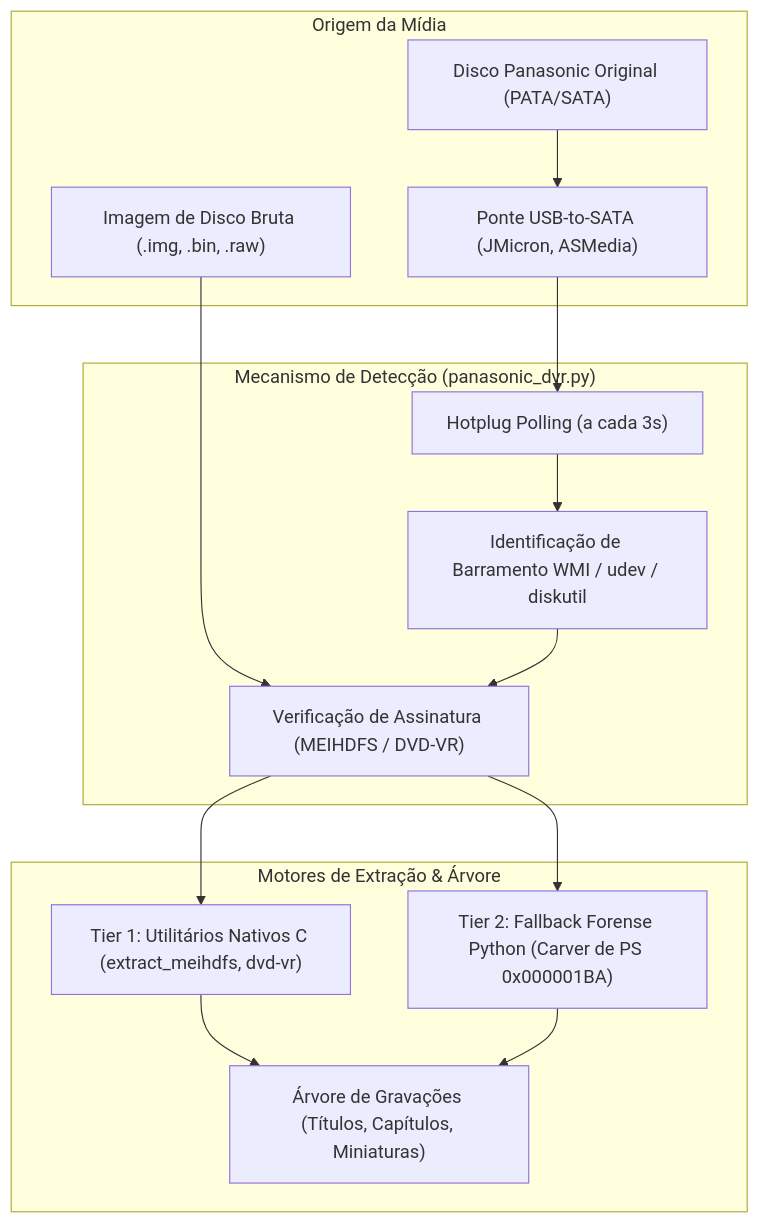
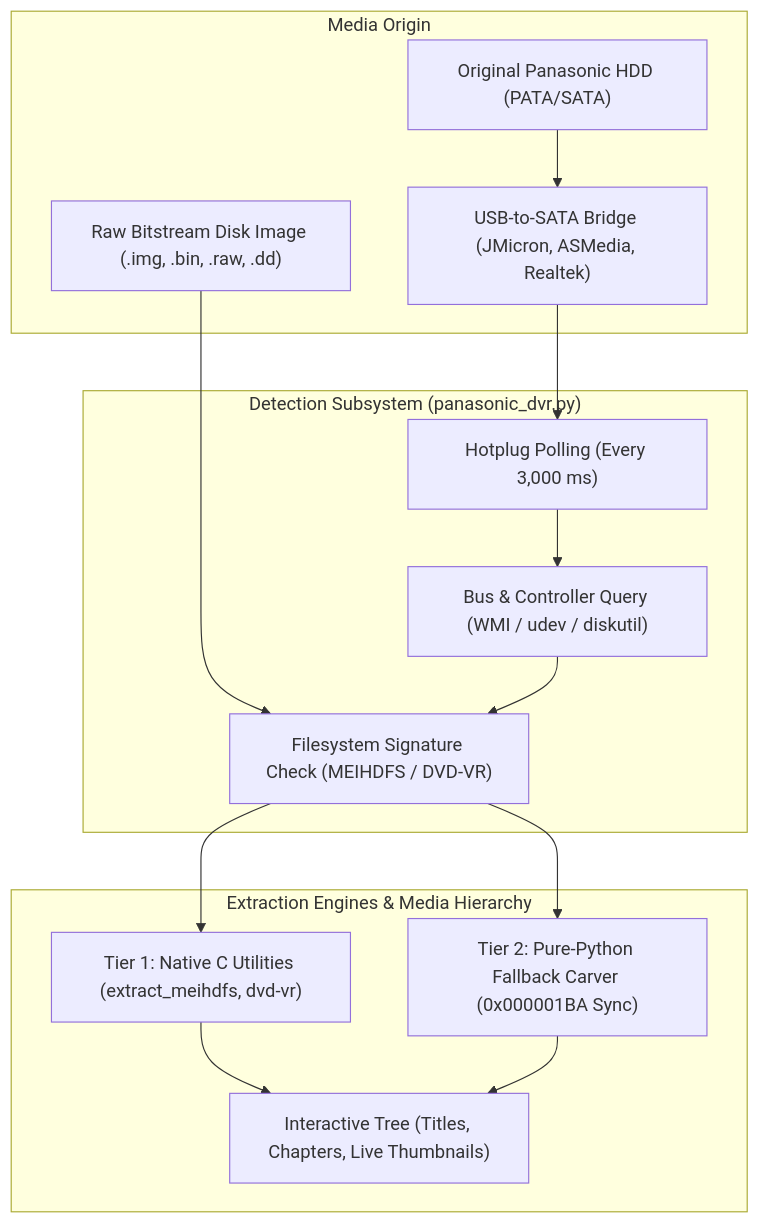
One commit to orgchrono/vhs-capture-scripts changed the diagram in docs/PANASONIC_DVR_GUIDE.md. Above: the diagram before and after it, drawn with Mermaid. The commit also changed other lines of this file and 16 other files, not shown here.

````diff
--- a/docs/PANASONIC_DVR_GUIDE.md
+++ b/docs/PANASONIC_DVR_GUIDE.md
@@ -26,30 +40,30 @@
 ```mermaid
 flowchart TD
-    subgraph Origem ["Origem da Mídia"]
-        HDD["Disco Panasonic Original (PATA/SATA)"]
-        USB_Adapter["Ponte USB-to-SATA (JMicron, ASMedia)"]
-        Raw_Image["Imagem de Disco Bruta (.img, .bin, .raw)"]
+    subgraph Origin ["Media Origin"]
+        HDD["Original Panasonic HDD (PATA/SATA)"]
+        USB_Adapter["USB-to-SATA Bridge (JMicron, ASMedia, Realtek)"]
+        Raw_Image["Raw Bitstream Disk Image (.img, .bin, .raw, .dd)"]
     end
 
-    subgraph Deteccao ["Mecanismo de Detecção (panasonic_dvr.py)"]
-        Hotplug["Hotplug Polling (a cada 3s)"]
-        Bus_Detect["Identificação de Barramento WMI / udev / diskutil"]
-        Signature["Verificação de Assinatura (MEIHDFS / DVD-VR)"]
+    subgraph Detection ["Detection Subsystem (panasonic_dvr.py)"]
+        Hotplug["Hotplug Polling (Every 3,000 ms)"]
+        Bus_Detect["Bus & Controller Query (WMI / udev / diskutil)"]
+        Signature["Filesystem Signature Check (MEIHDFS / DVD-VR)"]
     end
 
-    subgraph Extracao ["Motores de Extração & Árvore"]
-        Native_C["Tier 1: Utilitários Nativos C (extract_meihdfs, dvd-vr)"]
-        Pure_Python["Tier 2: Fallback Forense Python (Carver de PS 0x000001BA)"]
-        Tree_Gen["Árvore de Gravações (Títulos, Capítulos, Miniaturas)"]
+    subgraph Extraction ["Extraction Engines & Media Hierarchy"]
+        Native_C["Tier 1: Native C Utilities (extract_meihdfs, dvd-vr)"]
+        Pure_Python["Tier 2: Pure-Python Fallback Carver (0x000001BA Sync)"]
+        Tree_Gen["Interactive Tree (Titles, Chapters, Live Thumbnails)"]
     end
 
     HDD --> USB_Adapter
     USB_Adapter --> Hotplug
     Raw_Image --> Signature
     Hotplug --> Bus_Detect
     Bus_Detect --> Signature
     Signature --> Native_C
     Signature --> Pure_Python
     Native_C --> Tree_Gen
     Pure_Python --> Tree_Gen
 ```
````
